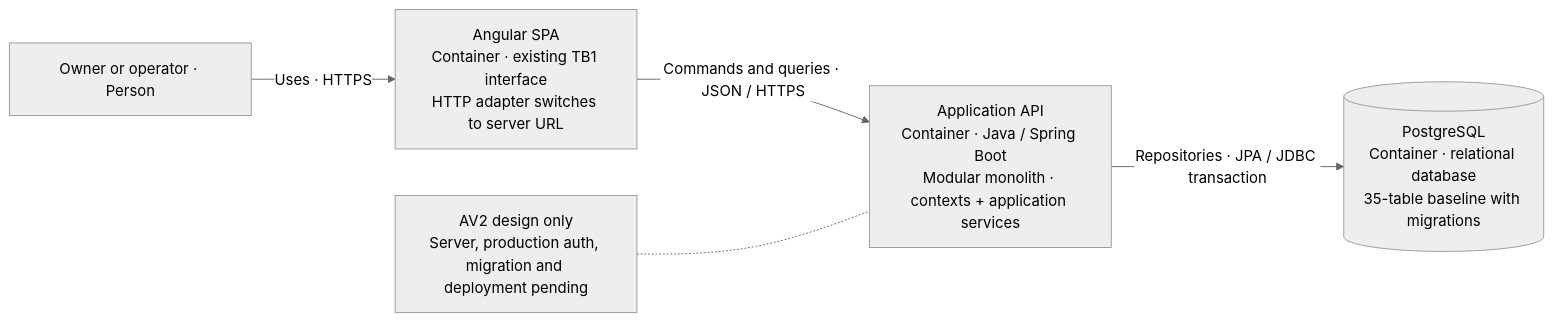
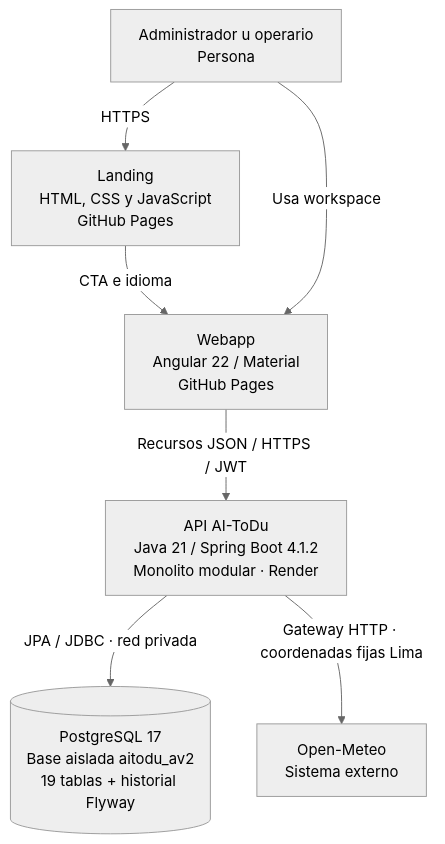
One commit to AI-ToDu/ai-todu-report changed the diagram in design/diagrams/c4-containers-av2.mmd. Above: the diagram before and after it, drawn with Mermaid (neutral theme). The commit also changed 23 other files, not shown here.

```diff
--- a/design/diagrams/c4-containers-av2.mmd
+++ b/design/diagrams/c4-containers-av2.mmd
@@ -1,10 +1,13 @@
-flowchart LR
- person["Owner or operator · Person"]
- spa["Angular SPA<br/>Container · existing TB1 interface<br/>HTTP adapter switches to server URL"]
- api["Application API<br/>Container · Java / Spring Boot<br/>Modular monolith · contexts + application services"]
- db[("PostgreSQL<br/>Container · relational database<br/>35-table baseline with migrations")]
- person -->|"Uses · HTTPS"| spa
- spa -->|"Commands and queries · JSON / HTTPS"| api
- api -->|"Repositories · JPA / JDBC transaction"| db
- note["AV2 design only<br/>Server, production auth, migration and deployment pending"]
- note -.- api
+flowchart TB
+ user["Administrador u operario<br/>Persona"]
+ landing["Landing<br/>HTML, CSS y JavaScript<br/>GitHub Pages"]
+ spa["Webapp<br/>Angular 22 / Material<br/>GitHub Pages"]
+ api["API AI-ToDu<br/>Java 21 / Spring Boot 4.1.2<br/>Monolito modular · Render"]
+ db[("PostgreSQL 17<br/>Base aislada aitodu_av2<br/>19 tablas + historial Flyway")]
+ weather["Open-Meteo<br/>Sistema externo"]
+ user -->|"HTTPS"| landing
+ landing -->|"CTA e idioma"| spa
+ user -->|"Usa workspace"| spa
+ spa -->|"Recursos JSON / HTTPS / JWT"| api
+ api -->|"JPA / JDBC · red privada"| db
+ api -->|"Gateway HTTP · coordenadas fijas Lima"| weather
```
